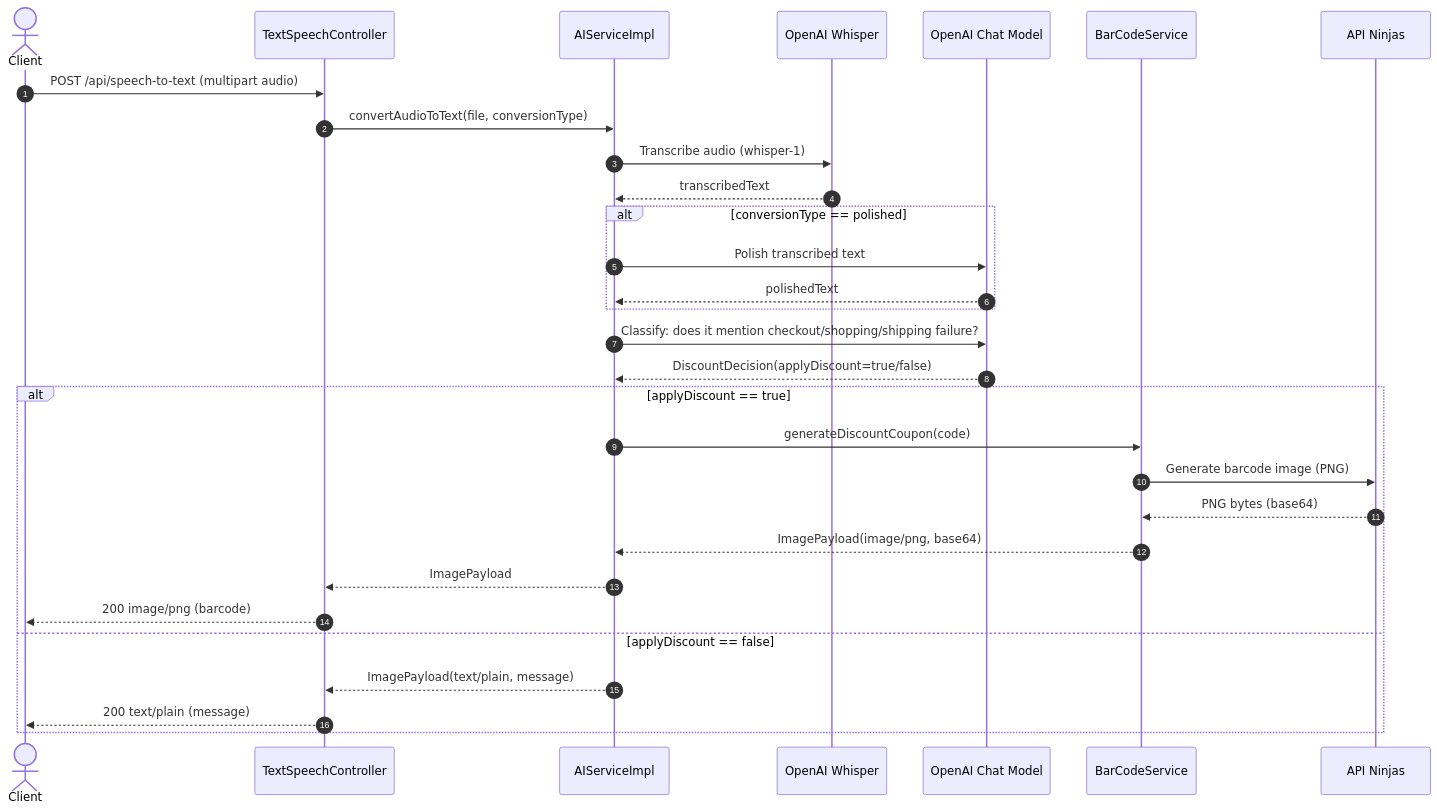
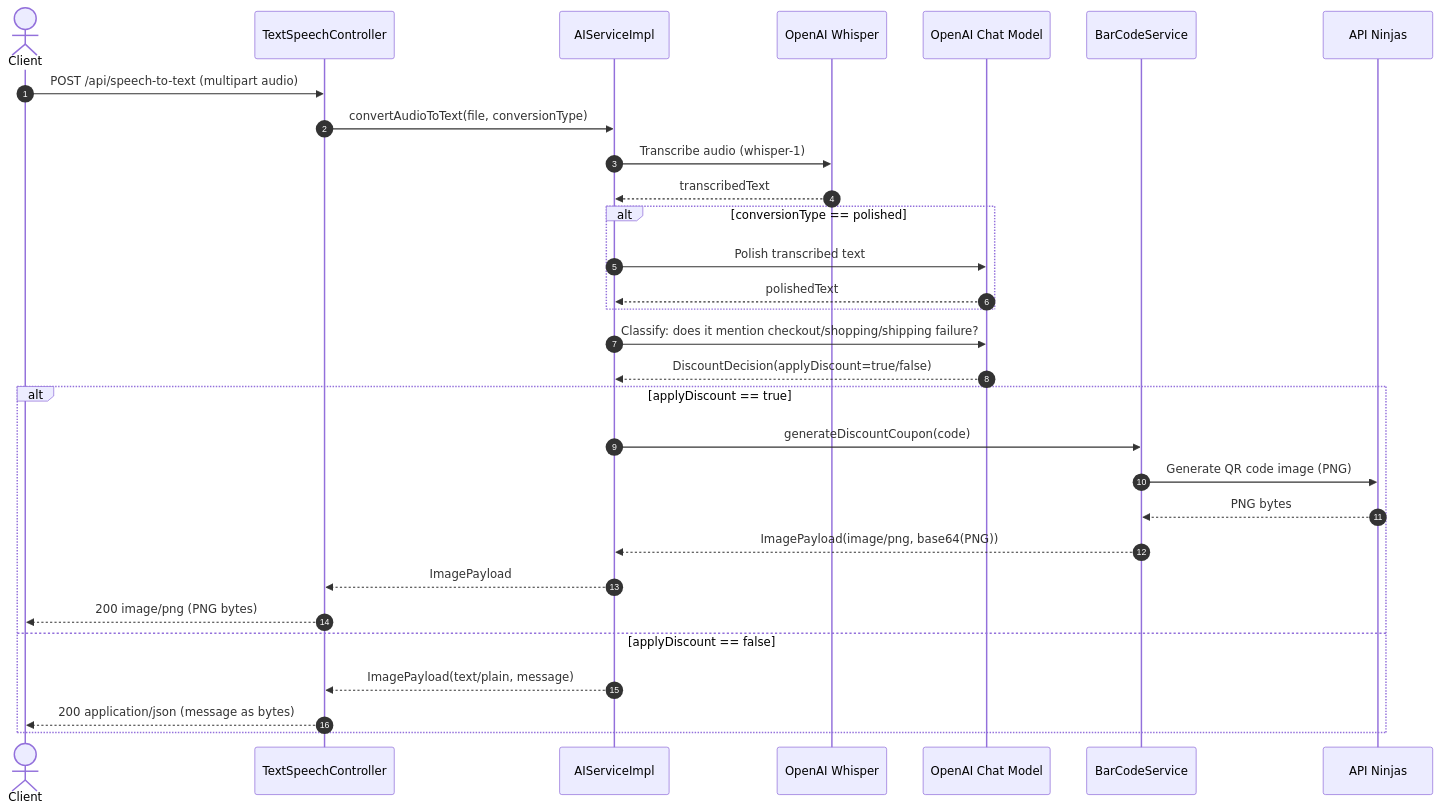
The second of 2 diagrams in README.md (n-kishore1983/ai-text-speech), drawn with Mermaid before and after one commit. The commit also changed other lines of this file, not shown here.

````diff
--- a/README.md
+++ b/README.md
@@ -47,36 +49,36 @@
 ```mermaid
 sequenceDiagram
   autonumber
   actor C as Client
   participant A as TextSpeechController
   participant S as AIServiceImpl
   participant W as OpenAI Whisper
   participant L as OpenAI Chat Model
   participant B as BarCodeService
   participant N as API Ninjas
 
   C->>A: POST /api/speech-to-text (multipart audio)
   A->>S: convertAudioToText(file, conversionType)
   S->>W: Transcribe audio (whisper-1)
   W-->>S: transcribedText
 
   alt conversionType == polished
     S->>L: Polish transcribed text
     L-->>S: polishedText
   end
 
   S->>L: Classify: does it mention checkout/shopping/shipping failure?
   L-->>S: DiscountDecision(applyDiscount=true/false)
 
   alt applyDiscount == true
     S->>B: generateDiscountCoupon(code)
-    B->>N: Generate barcode image (PNG)
-    N-->>B: PNG bytes (base64)
-    B-->>S: ImagePayload(image/png, base64)
+    B->>N: Generate QR code image (PNG)
+    N-->>B: PNG bytes
+    B-->>S: ImagePayload(image/png, base64(PNG))
     S-->>A: ImagePayload
-    A-->>C: 200 image/png (barcode)
+    A-->>C: 200 image/png (PNG bytes)
   else applyDiscount == false
     S-->>A: ImagePayload(text/plain, message)
-    A-->>C: 200 text/plain (message)
+    A-->>C: 200 application/json (message as bytes)
   end
 ```
````
